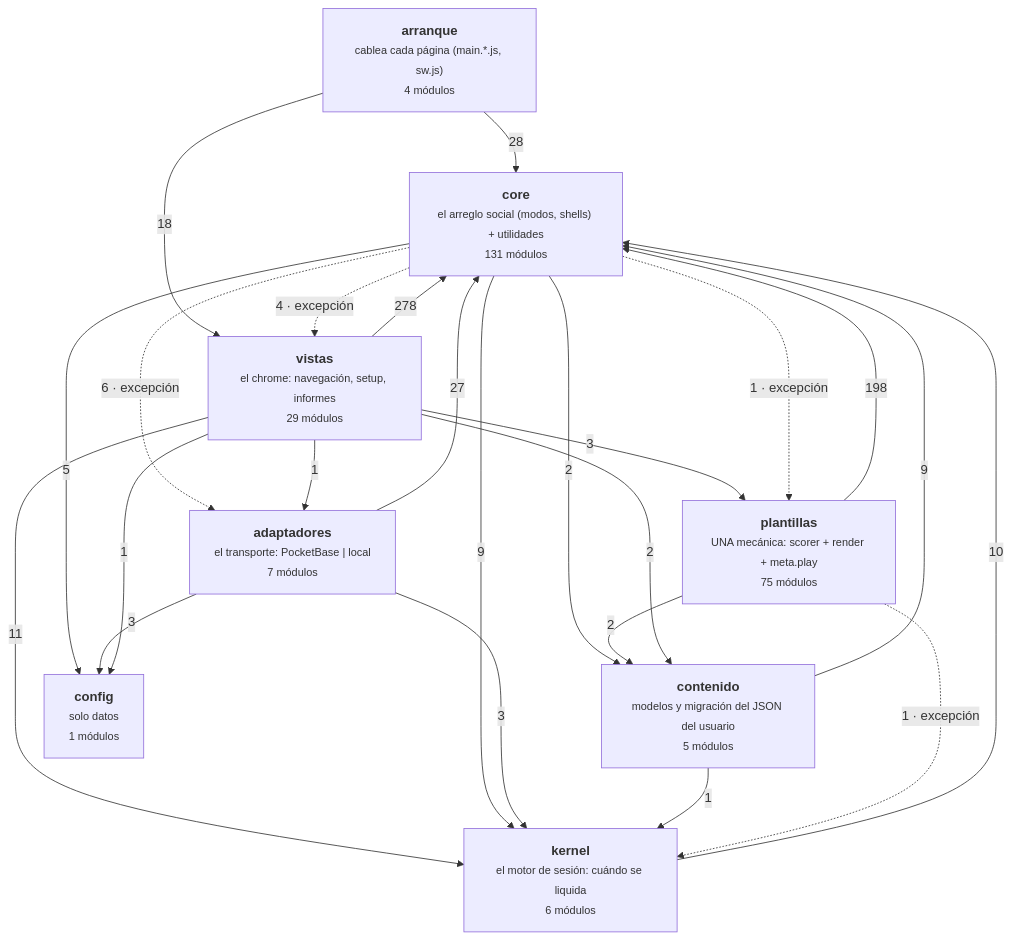
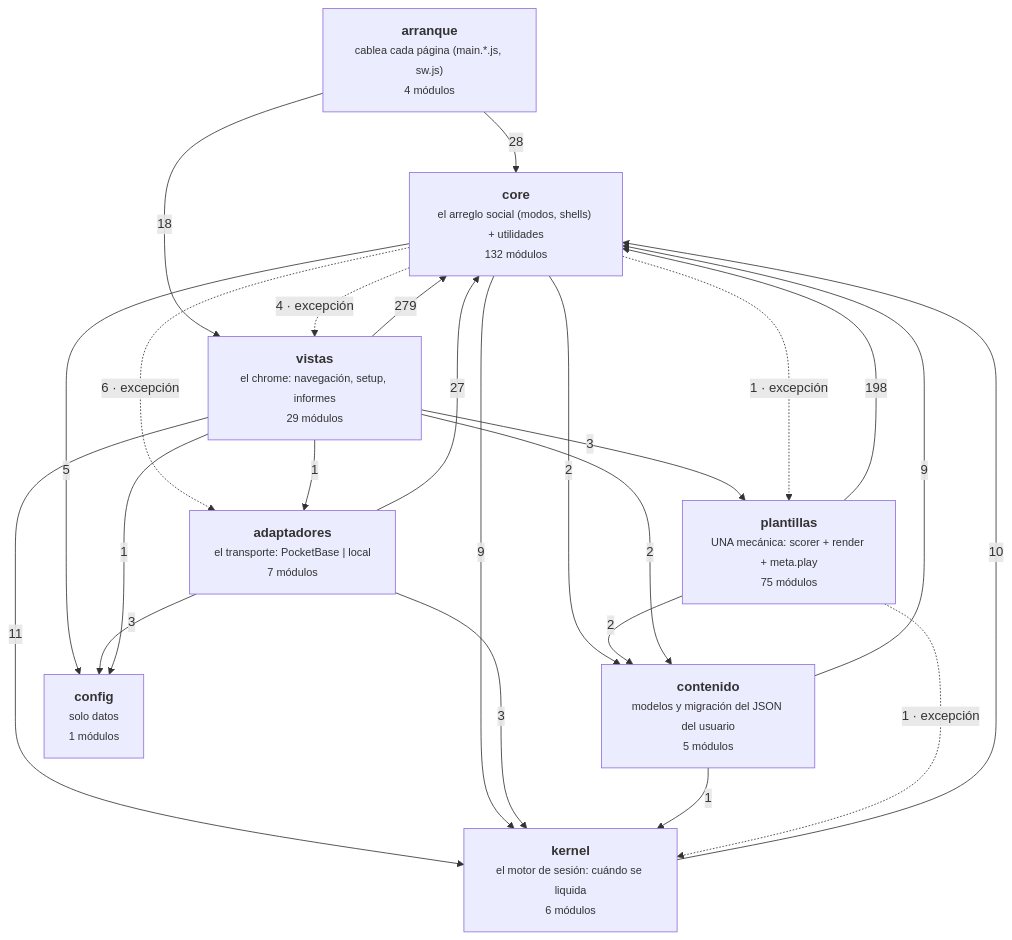
The diagram in docs/arquitectura-modulos.md (duecaz/ac), drawn with Mermaid before and after one commit. The commit also changed other lines of this file and 10 other files, not shown here.

````diff
--- a/docs/arquitectura-modulos.md
+++ b/docs/arquitectura-modulos.md
@@ -56,34 +56,34 @@
 ```mermaid
 graph TD
   A["<b>arranque</b><br/><small>cablea cada página (main.*.js, sw.js)</small><br/><small>4 módulos</small>"]
   V["<b>vistas</b><br/><small>el chrome: navegación, setup, informes</small><br/><small>29 módulos</small>"]
   AD["<b>adaptadores</b><br/><small>el transporte: PocketBase | local</small><br/><small>7 módulos</small>"]
-  C["<b>core</b><br/><small>el arreglo social (modos, shells) + utilidades</small><br/><small>131 módulos</small>"]
+  C["<b>core</b><br/><small>el arreglo social (modos, shells) + utilidades</small><br/><small>132 módulos</small>"]
   K["<b>kernel</b><br/><small>el motor de sesión: cuándo se liquida</small><br/><small>6 módulos</small>"]
   T["<b>plantillas</b><br/><small>UNA mecánica: scorer + render + meta.play</small><br/><small>75 módulos</small>"]
   CO["<b>contenido</b><br/><small>modelos y migración del JSON del usuario</small><br/><small>5 módulos</small>"]
   CF["<b>config</b><br/><small>solo datos</small><br/><small>1 módulos</small>"]
-  V -->|278| C
+  V -->|279| C
   T -->|198| C
   A -->|28| C
   AD -->|27| C
   A -->|18| V
   V -->|11| K
   K -->|10| C
   C -->|9| K
   CO -->|9| C
   C -.->|6 · excepción| AD
   C -->|5| CF
   C -.->|4 · excepción| V
   AD -->|3| CF
   AD -->|3| K
   V -->|3| T
   C -->|2| CO
   T -->|2| CO
   V -->|2| CO
   C -.->|1 · excepción| T
   CO -->|1| K
   T -.->|1 · excepción| K
   V -->|1| AD
   V -->|1| CF
 ```
````
